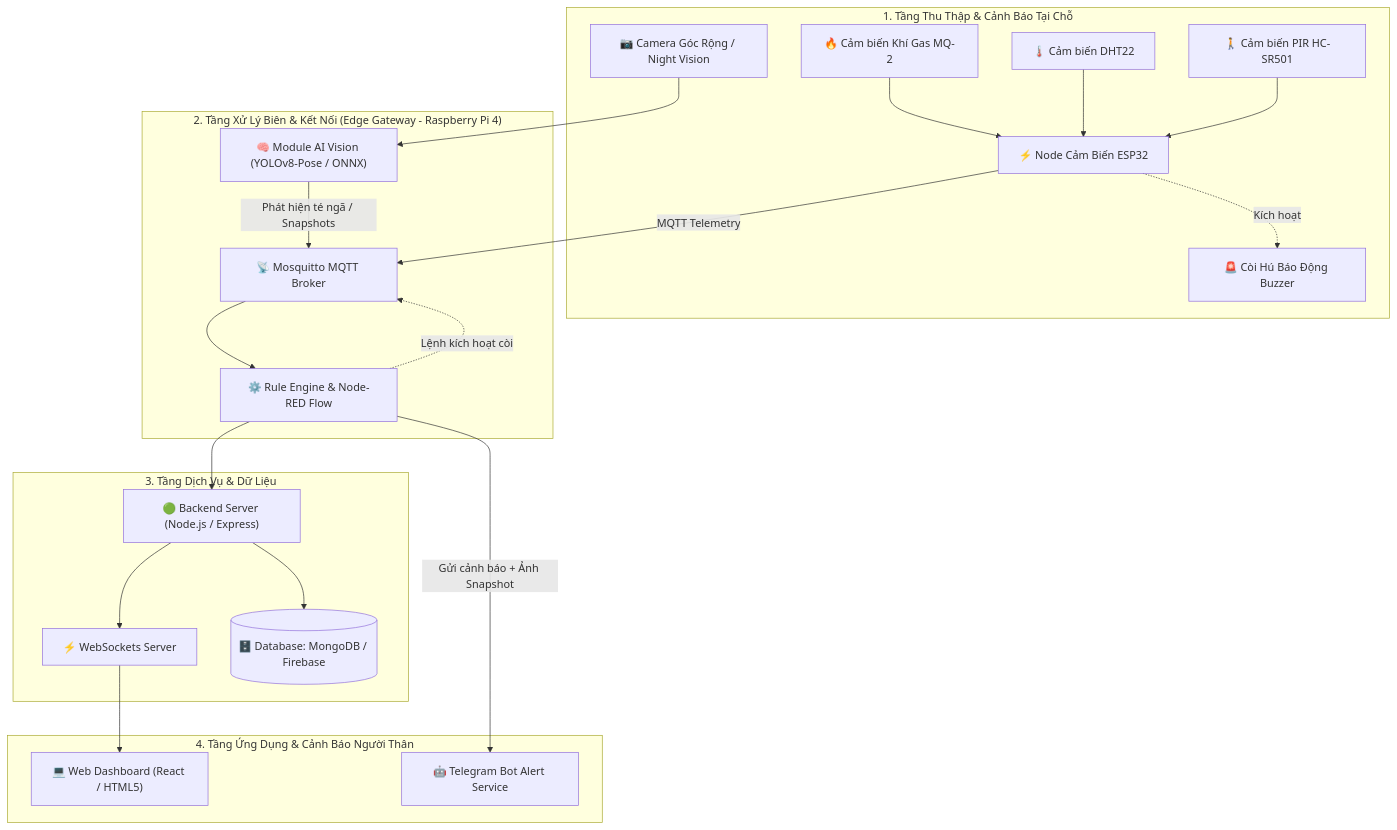
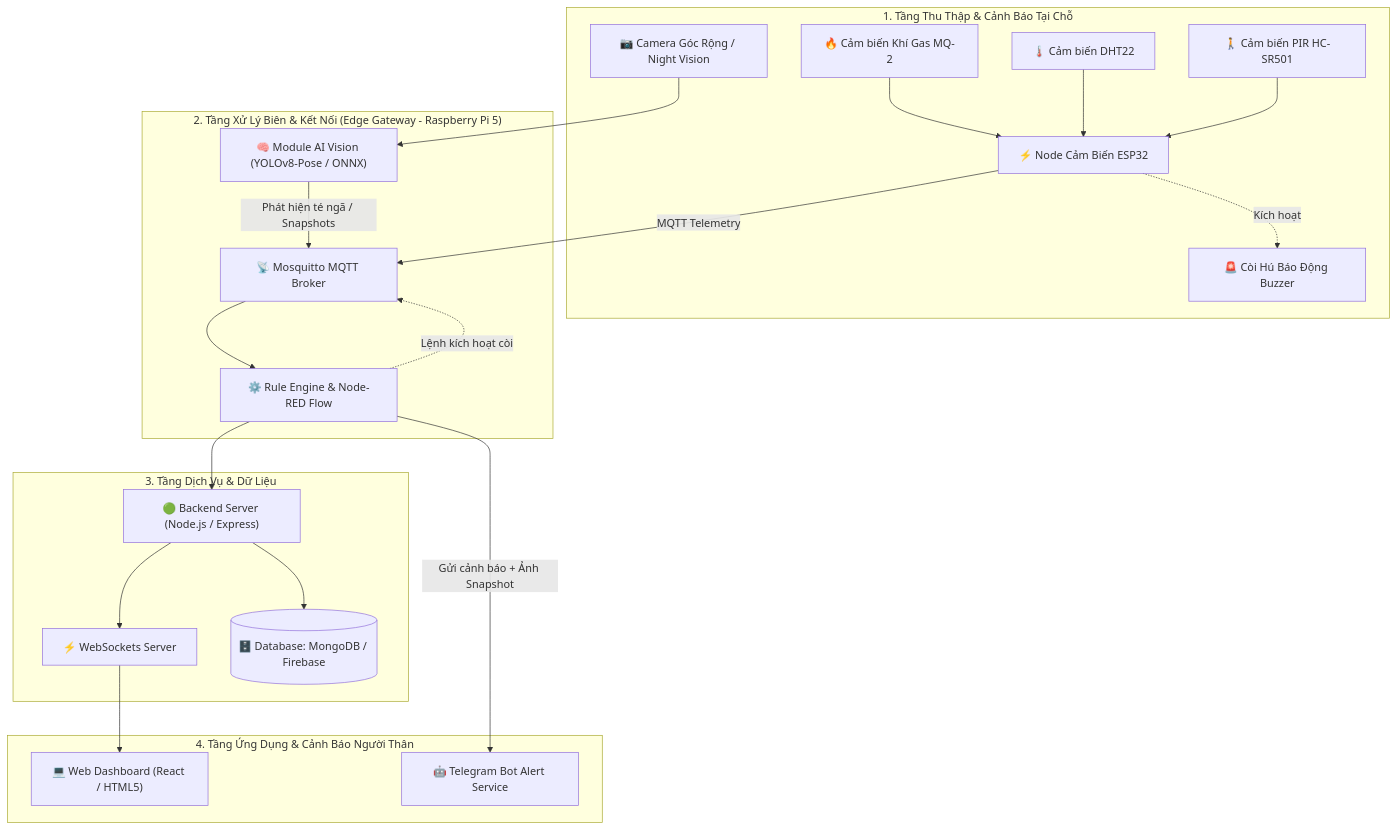
One commit to Dtung24/SIC2026_Smart-Home-Elderly-Care changed the first of 2 diagrams in README.md. Above: the diagram before and after it, drawn with Mermaid. The commit also changed other lines of this file and 21 other files, not shown here.

Commit message:
feat(skills): add SIC2026 IoT smart home & edge AI skills for Raspberry Pi 5

````diff
--- a/README.md
+++ b/README.md
@@ -39,46 +39,46 @@
 ```mermaid
 flowchart TB
     subgraph PERCEPTION["1. Tầng Thu Thập & Cảnh Báo Tại Chỗ"]
         CAM["📷 Camera Góc Rộng / Night Vision"]
         ESP["⚡ Node Cảm Biến ESP32"]
         MQ2["🔥 Cảm biến Khí Gas MQ-2"]
         DHT["🌡️ Cảm biến DHT22"]
         PIR["🚶 Cảm biến PIR HC-SR501"]
         BUZZ["🚨 Còi Hú Báo Động Buzzer"]
         
         MQ2 --> ESP
         DHT --> ESP
         PIR --> ESP
         ESP -.->|Kích hoạt| BUZZ
     end
 
-    subgraph GATEWAY["2. Tầng Xử Lý Biên & Kết Nối (Edge Gateway - Raspberry Pi 4)"]
+    subgraph GATEWAY["2. Tầng Xử Lý Biên & Kết Nối (Edge Gateway - Raspberry Pi 5)"]
         AI["🧠 Module AI Vision (YOLOv8-Pose / ONNX)"]
         BROKER["📡 Mosquitto MQTT Broker"]
         FLOW["⚙️ Rule Engine & Node-RED Flow"]
         
         CAM --> AI
         ESP -->|MQTT Telemetry| BROKER
         AI -->|Phát hiện té ngã / Snapshots| BROKER
         BROKER --> FLOW
     end
 
     subgraph BACKEND["3. Tầng Dịch Vụ & Dữ Liệu"]
         API["🟢 Backend Server (Node.js / Express)"]
         WS["⚡ WebSockets Server"]
         DB[(🗄️ Database: MongoDB / Firebase)]
         
         FLOW --> API
         API --> DB
         API --> WS
     end
 
     subgraph APP["4. Tầng Ứng Dụng & Cảnh Báo Người Thân"]
         DASH["💻 Web Dashboard (React / HTML5)"]
         TELE["🤖 Telegram Bot Alert Service"]
         
         WS --> DASH
         FLOW -->|Gửi cảnh báo + Ảnh Snapshot| TELE
         FLOW -.->|Lệnh kích hoạt còi| BROKER
     end
 ```
````
